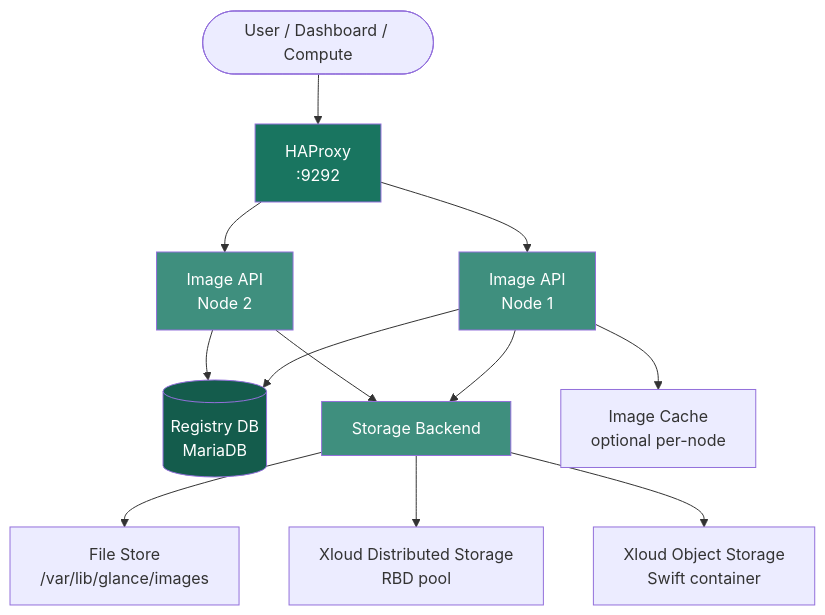
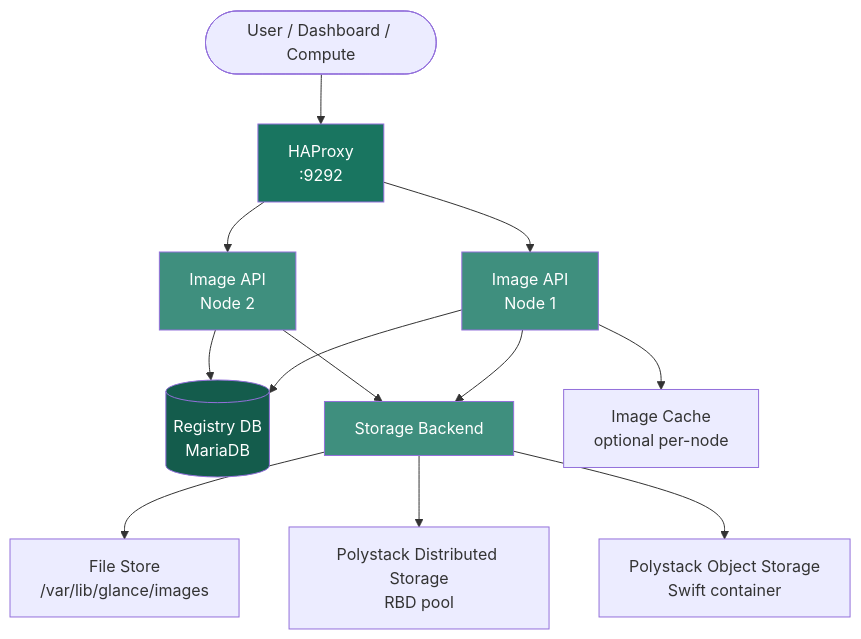
One commit to ankur-kumar87/docs-polystack changed the first of 2 diagrams in services/images/architecture.mdx. Above: the diagram before and after it, drawn with Mermaid. The commit also changed other lines of this file and 425 other files, not shown here.

````diff
--- a/services/images/architecture.mdx
+++ b/services/images/architecture.mdx
@@ -23,19 +23,19 @@
 ```mermaid
 graph TD
     U([User / Dashboard / Compute]) --> HAP[HAProxy<br/>:9292]
     HAP --> G1[Image API<br/>Node 1]
     HAP --> G2[Image API<br/>Node 2]
     G1 --> REG[(Registry DB<br/>MariaDB)]
     G2 --> REG
     G1 --> STORE[Storage Backend]
     G2 --> STORE
     STORE --> FILE[File Store<br/>/var/lib/glance/images]
-    STORE --> RBD[Xloud Distributed Storage<br/>RBD pool]
-    STORE --> SWIFT[Xloud Object Storage<br/>Swift container]
+    STORE --> RBD[Polystack Distributed Storage<br/>RBD pool]
+    STORE --> SWIFT[Polystack Object Storage<br/>Swift container]
     G1 --> CACHE[Image Cache<br/>optional per-node]
     style HAP fill:#197560,color:#fff
     style G1 fill:#3F8F7E,color:#fff
     style G2 fill:#3F8F7E,color:#fff
     style REG fill:#145C4C,color:#fff
     style STORE fill:#3F8F7E,color:#fff
 ```
````
